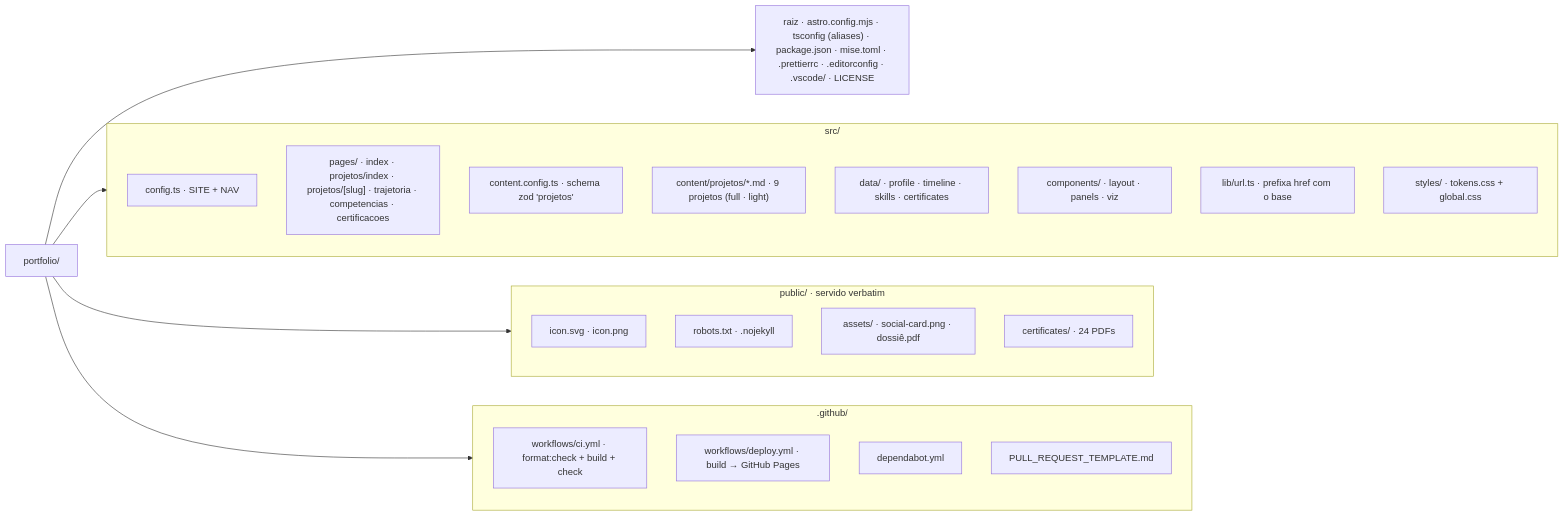
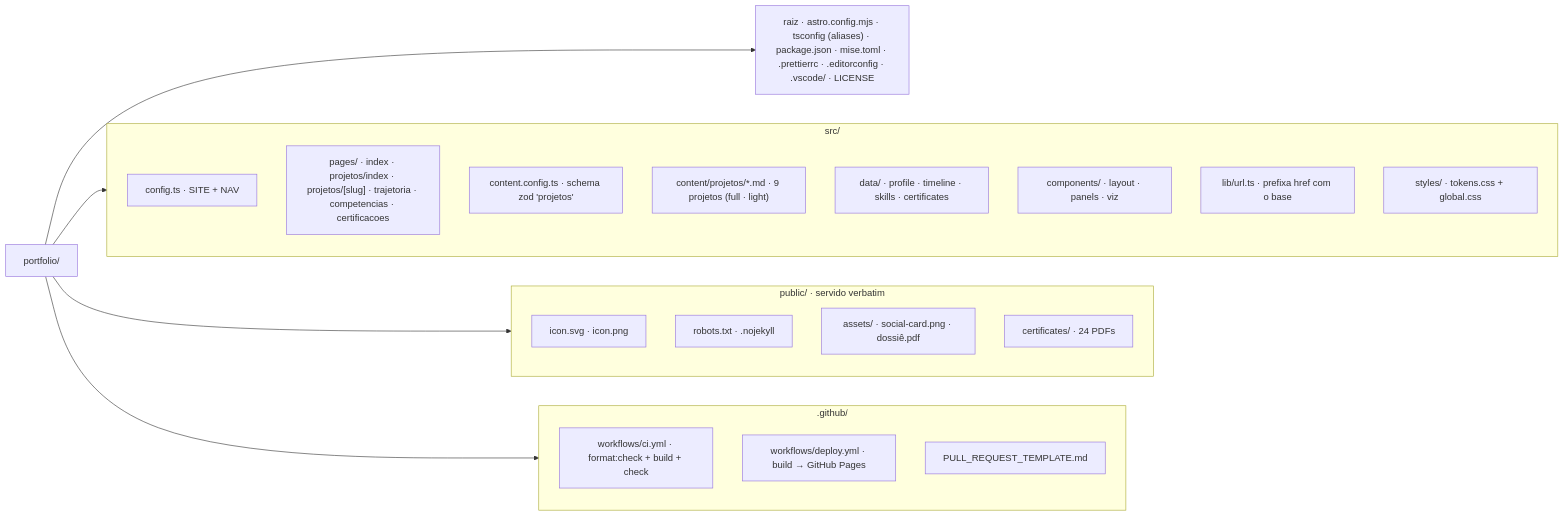
Before and after one commit to rvanguita/portfolio: the diagram in README.md, drawn with Mermaid. The commit also changed other lines of this file and 2 other files, not shown here.

Commit message:
chore: remove o Dependabot (#53)
Tira o `.github/dependabot.yml` (PRs semanais de atualização de deps) e as
menções a ele no README (diagrama Estrutura + seção Publicar) e no CLAUDE.md.

Claude-Session: https://claude.ai/code/session_016PGBnk3QogSChtdvr4mNbm

````diff
--- a/README.md
+++ b/README.md
@@ -20,32 +20,31 @@
 ```mermaid
 flowchart LR
   root["portfolio/"] --> cfg["raiz · astro.config.mjs · tsconfig (aliases) · package.json · mise.toml · .prettierrc · .editorconfig · .vscode/ · LICENSE"]
   root --> src
   root --> pub
   root --> gh
 
   subgraph src["src/"]
     s1["config.ts · SITE + NAV"]
     s2["pages/ · index · projetos/index · projetos/[slug] · trajetoria · competencias · certificacoes"]
     s3["content.config.ts · schema zod 'projetos'"]
     s4["content/projetos/*.md · 9 projetos (full · light)"]
     s5["data/ · profile · timeline · skills · certificates"]
     s6["components/ · layout · panels · viz"]
     s7["lib/url.ts · prefixa href com o base"]
     s8["styles/ · tokens.css + global.css"]
   end
 
   subgraph pub["public/ · servido verbatim"]
     p1["icon.svg · icon.png"]
     p2["robots.txt · .nojekyll"]
     p3["assets/ · social-card.png · dossiê.pdf"]
     p4["certificates/ · 24 PDFs"]
   end
 
   subgraph gh[".github/"]
     g1["workflows/ci.yml · format:check + build + check"]
     g2["workflows/deploy.yml · build → GitHub Pages"]
-    g3["dependabot.yml"]
-    g4["PULL_REQUEST_TEMPLATE.md"]
+    g3["PULL_REQUEST_TEMPLATE.md"]
   end
 ```
````
